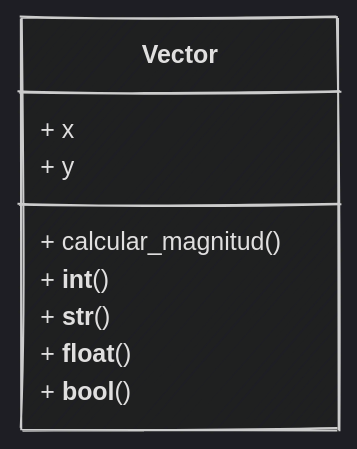
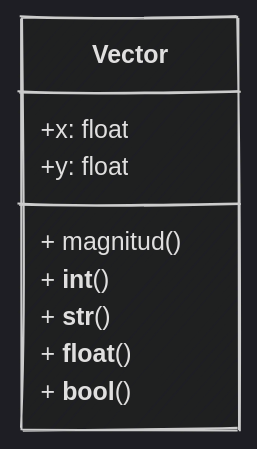
Before and after one commit to python-la-paz/python-study-group-oop: the seventh of 10 diagrams in content/sesion08/Readme.md, drawn with Mermaid. The commit also changed other lines of this file, not shown here.

````diff
--- a/content/sesion08/Readme.md
+++ b/content/sesion08/Readme.md
@@ -1067,13 +1081,13 @@
 ```mermaid
 %%{init: {"theme": "dark", "look": "handDrawn"  }}%%
 classDiagram
     class Vector {
-        + x
-        + y
-        + calcular_magnitud()
+        +x: float
+        +y: float
+        + magnitud()
         + __int__()
         + __str__()
         + __float__()
         + __bool__()
     }
 ```
````
